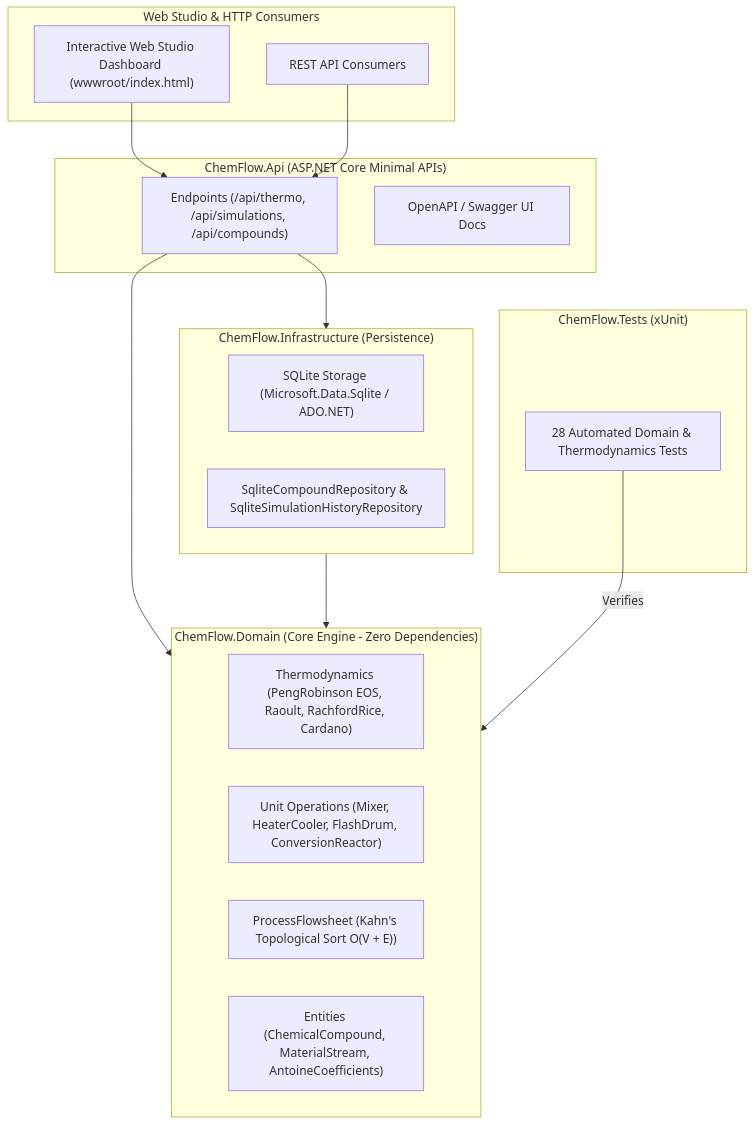
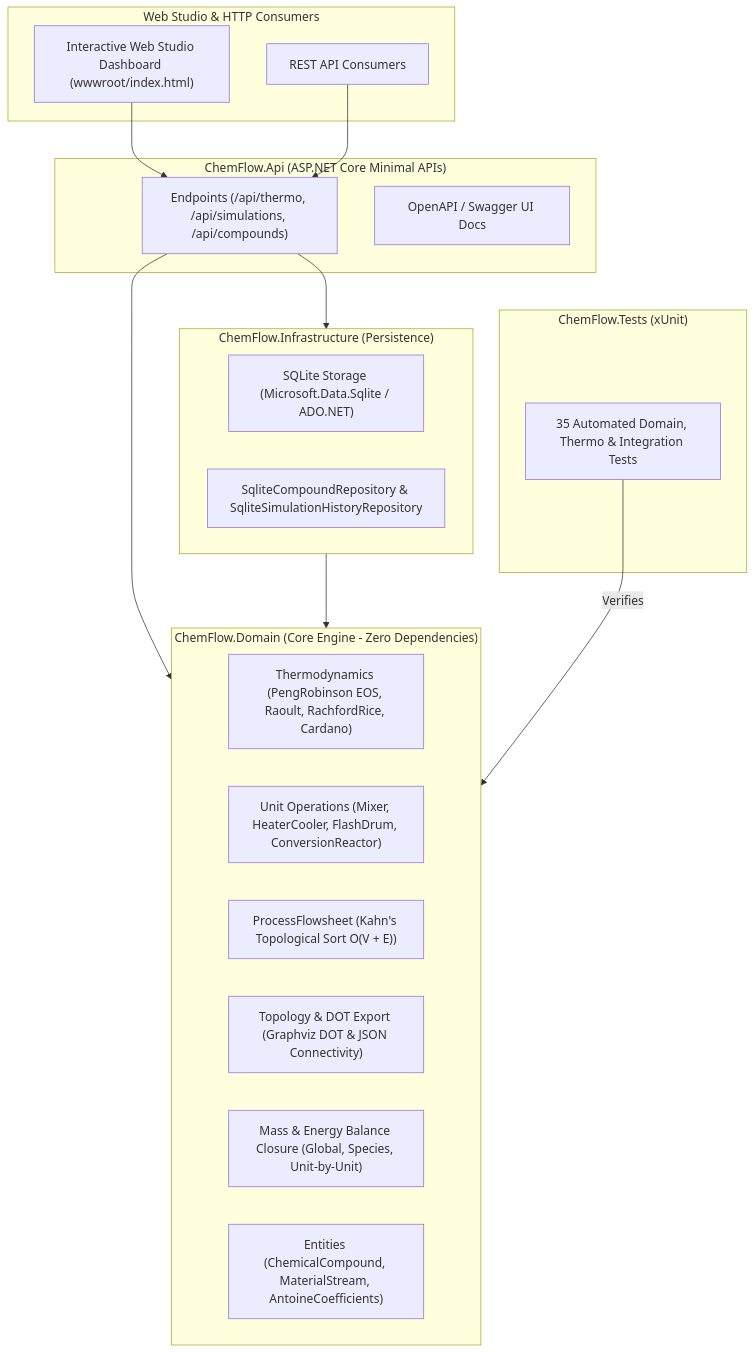
One commit to yancsalmeida/ChemFlow.NET changed the diagram in README.md. Above: the diagram before and after it, drawn with Mermaid. The commit also changed other lines of this file and 12 other files, not shown here.

First line of the commit message:
feat(flowsheet): export topology in graphviz dot and json with mass/energy balance closure

````diff
--- a/README.md
+++ b/README.md
@@ -22,35 +22,37 @@
 ```mermaid
 flowchart TD
     subgraph Client["Web Studio & HTTP Consumers"]
         Browser["Interactive Web Studio Dashboard (wwwroot/index.html)"]
         HTTP["REST API Consumers"]
     end
 
     subgraph API["ChemFlow.Api (ASP.NET Core Minimal APIs)"]
         Endpoints["Endpoints (/api/thermo, /api/simulations, /api/compounds)"]
         Swagger["OpenAPI / Swagger UI Docs"]
     end
 
     subgraph Domain["ChemFlow.Domain (Core Engine - Zero Dependencies)"]
         Thermo["Thermodynamics (PengRobinson EOS, Raoult, RachfordRice, Cardano)"]
         Units["Unit Operations (Mixer, HeaterCooler, FlashDrum, ConversionReactor)"]
         DAG["ProcessFlowsheet (Kahn's Topological Sort O(V + E))"]
+        Topology["Topology & DOT Export (Graphviz DOT & JSON Connectivity)"]
+        Balance["Mass & Energy Balance Closure (Global, Species, Unit-by-Unit)"]
         Entities["Entities (ChemicalCompound, MaterialStream, AntoineCoefficients)"]
     end
 
     subgraph Infra["ChemFlow.Infrastructure (Persistence)"]
         Sqlite["SQLite Storage (Microsoft.Data.Sqlite / ADO.NET)"]
         Repos["SqliteCompoundRepository & SqliteSimulationHistoryRepository"]
     end
 
     subgraph Tests["ChemFlow.Tests (xUnit)"]
-        UnitTests["28 Automated Domain & Thermodynamics Tests"]
+        UnitTests["35 Automated Domain, Thermo & Integration Tests"]
     end
 
     Browser --> Endpoints
     HTTP --> Endpoints
     Endpoints --> Domain
     Endpoints --> Infra
     Infra --> Domain
     UnitTests -->|"Verifies"| Domain
 ```
````
